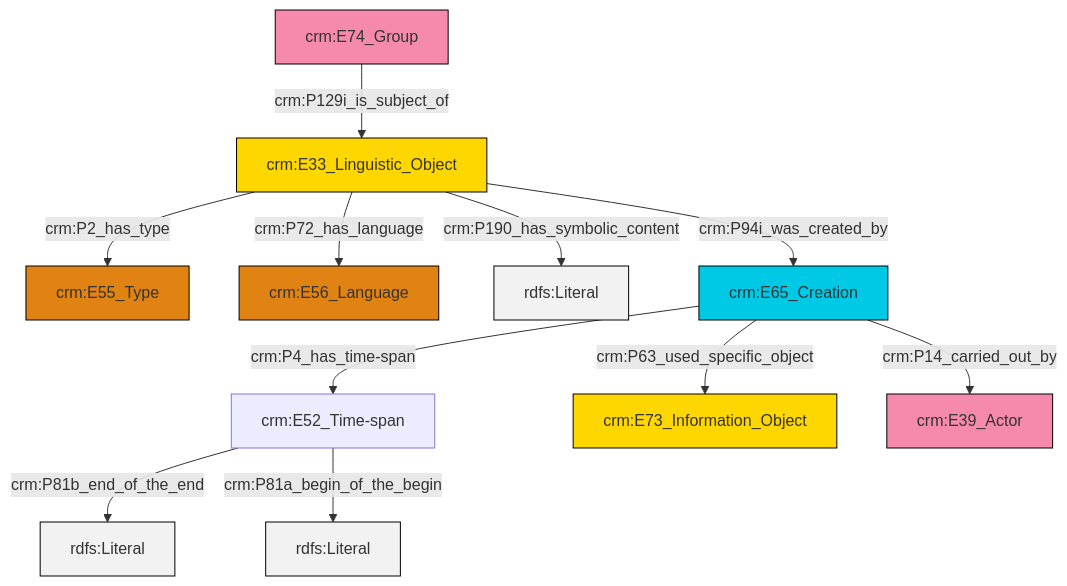
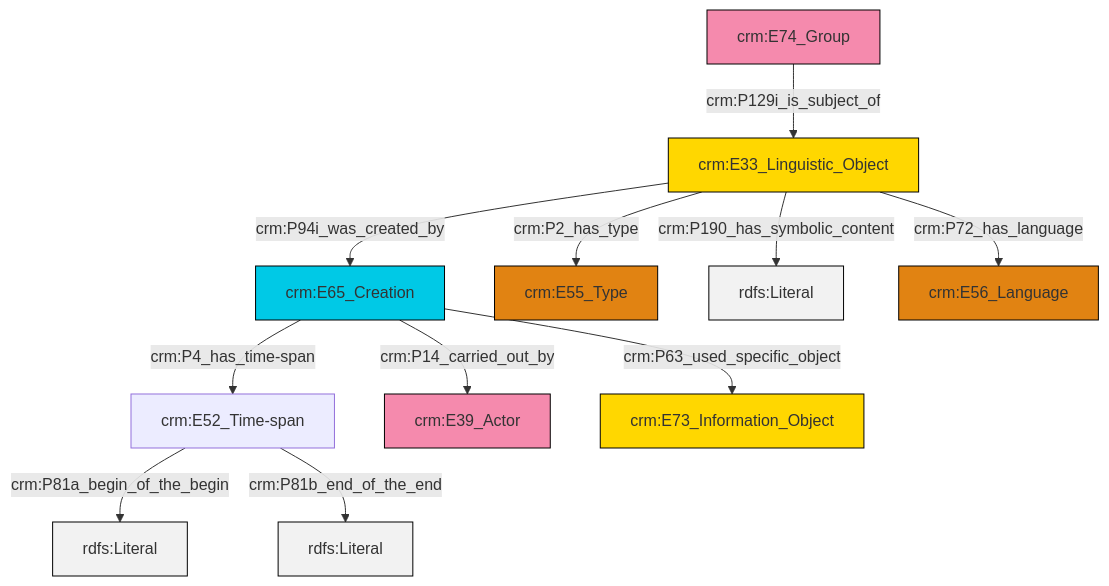
Before and after one commit to swiss-art-research-net/reference-data-models: the diagram in et/groupCSV/ttl/mmd/group_description.ttl.mmd, drawn with Mermaid. The commit also changed 128 other files, not shown here.

```diff
--- a/et/groupCSV/ttl/mmd/group_description.ttl.mmd
+++ b/et/groupCSV/ttl/mmd/group_description.ttl.mmd
@@ -1,25 +1,25 @@
 graph TD
 classDef Literal fill:#f2f2f2,stroke:#000000;
 classDef CRM_Entity fill:#FFFFFF,stroke:#000000;
 classDef Temporal_Entity fill:#00C9E6, stroke:#000000;
 classDef Type fill:#E18312, stroke:#000000;
 classDef Time-Span fill:#2C9C91, stroke:#000000;
 classDef Appellation fill:#FFEB7F, stroke:#000000;
 classDef Place fill:#008836, stroke:#000000;
 classDef Persistent_Item fill:#B266B2, stroke:#000000;
 classDef Conceptual_Object fill:#FFD700, stroke:#000000;
 classDef Physical_Thing fill:#D2B48C, stroke:#000000;
 classDef Actor fill:#f58aad, stroke:#000000;
 classDef PC_Classes fill:#4ce600, stroke:#000000;
 classDef Multi fill:#cccccc,stroke:#000000;
 
-4["crm:E33_Linguistic_Object"]:::Conceptual_Object -->|crm:P72_has_language| 5["crm:E56_Language"]:::Type
-4["crm:E33_Linguistic_Object"]:::Conceptual_Object -->|crm:P190_has_symbolic_content| 6[rdfs:Literal]:::Literal
-7["crm:E65_Creation"]:::Temporal_Entity -->|crm:P63_used_specific_object| 8["crm:E73_Information_Object"]:::Conceptual_Object
-4["crm:E33_Linguistic_Object"]:::Conceptual_Object -->|crm:P2_has_type| 2["crm:E55_Type"]:::Type
-4["crm:E33_Linguistic_Object"]:::Conceptual_Object -->|crm:P94i_was_created_by| 7["crm:E65_Creation"]:::Temporal_Entity
-11["crm:E74_Group"]:::Actor -->|crm:P129i_is_subject_of| 4["crm:E33_Linguistic_Object"]:::Conceptual_Object
-7["crm:E65_Creation"]:::Temporal_Entity -->|crm:P4_has_time-span| 0["crm:E52_Time-span"]:::Default
-7["crm:E65_Creation"]:::Temporal_Entity -->|crm:P14_carried_out_by| 9["crm:E39_Actor"]:::Actor
-0["crm:E52_Time-span"]:::Default -->|crm:P81b_end_of_the_end| 17[rdfs:Literal]:::Literal
-0["crm:E52_Time-span"]:::Default -->|crm:P81a_begin_of_the_begin| 18[rdfs:Literal]:::Literal
+2["crm:E65_Creation"]:::Temporal_Entity -->|crm:P4_has_time-span| 3["crm:E52_Time-span"]:::Default
+3["crm:E52_Time-span"]:::Default -->|crm:P81a_begin_of_the_begin| 4[rdfs:Literal]:::Literal
+5["crm:E33_Linguistic_Object"]:::Conceptual_Object -->|crm:P94i_was_created_by| 2["crm:E65_Creation"]:::Temporal_Entity
+5["crm:E33_Linguistic_Object"]:::Conceptual_Object -->|crm:P2_has_type| 8["crm:E55_Type"]:::Type
+5["crm:E33_Linguistic_Object"]:::Conceptual_Object -->|crm:P190_has_symbolic_content| 9[rdfs:Literal]:::Literal
+2["crm:E65_Creation"]:::Temporal_Entity -->|crm:P14_carried_out_by| 6["crm:E39_Actor"]:::Actor
+3["crm:E52_Time-span"]:::Default -->|crm:P81b_end_of_the_end| 12[rdfs:Literal]:::Literal
+0["crm:E74_Group"]:::Actor -->|crm:P129i_is_subject_of| 5["crm:E33_Linguistic_Object"]:::Conceptual_Object
+2["crm:E65_Creation"]:::Temporal_Entity -->|crm:P63_used_specific_object| 14["crm:E73_Information_Object"]:::Conceptual_Object
+5["crm:E33_Linguistic_Object"]:::Conceptual_Object -->|crm:P72_has_language| 16["crm:E56_Language"]:::Type
```
